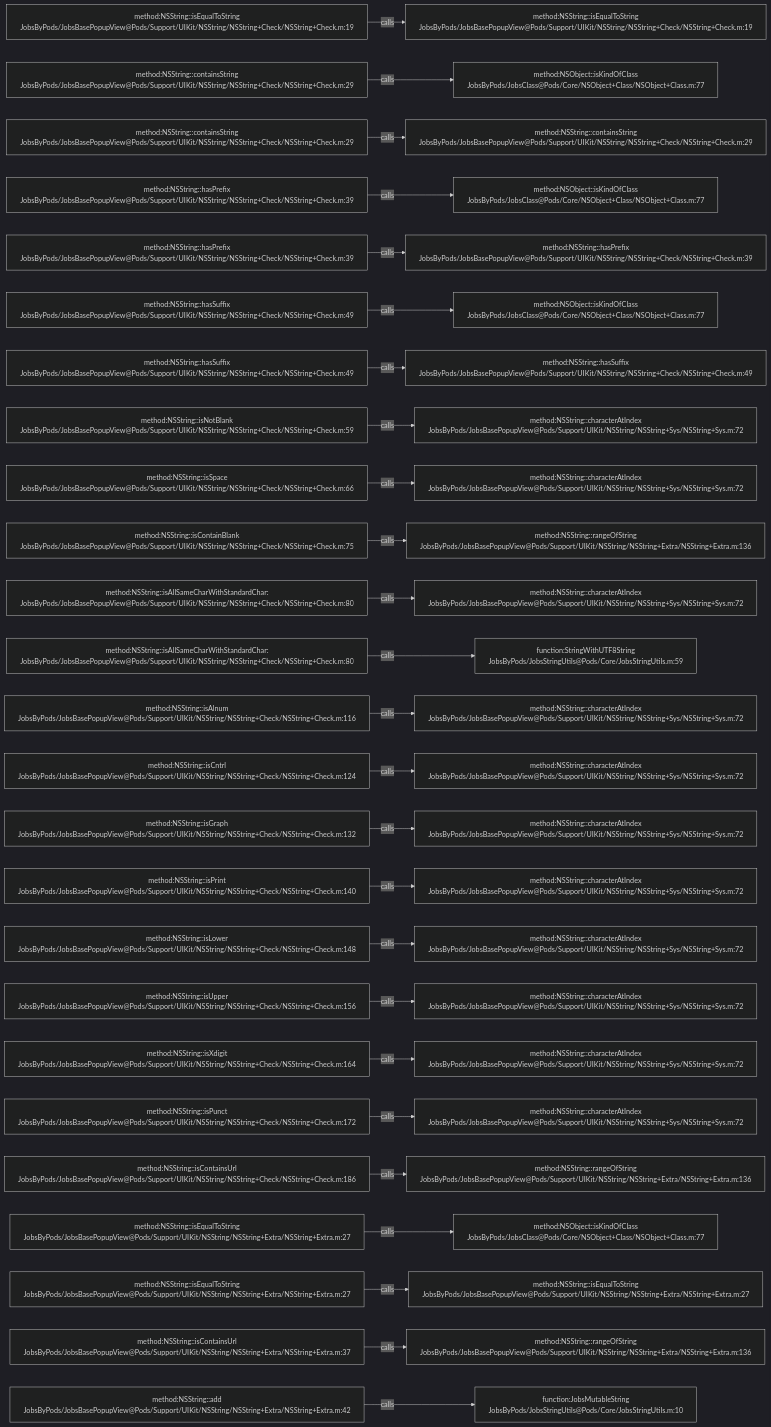
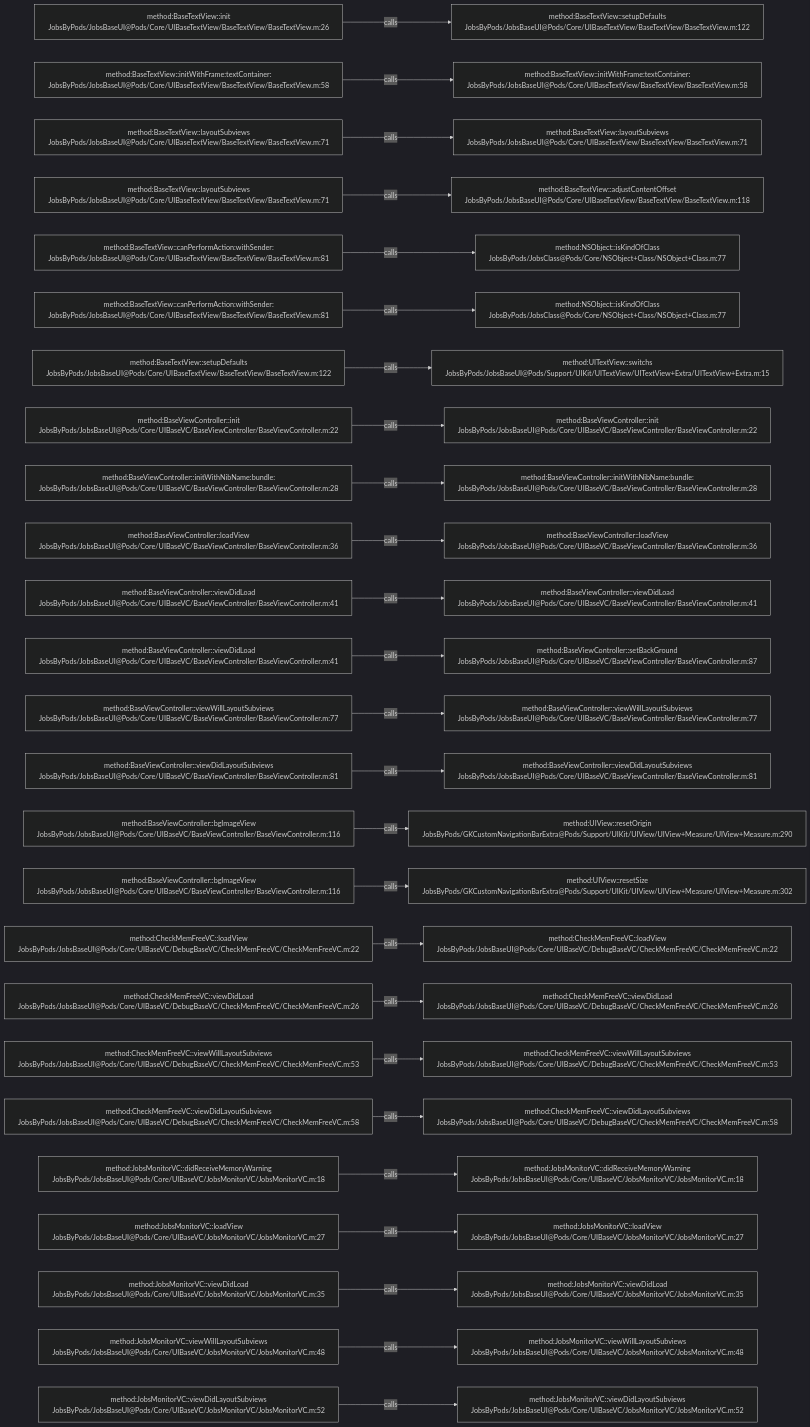
The diagram in .codegraph/codegraph.md/graphs/calls-019.md (JobsKits/JobsOCBaseConfigDemo), drawn with Mermaid (dark theme) before and after one commit. The commit also changed 573 other files, not shown here.

````diff
--- a/.codegraph/codegraph.md/graphs/calls-019.md
+++ b/.codegraph/codegraph.md/graphs/calls-019.md
@@ -13,78 +13,78 @@
 ```mermaid
 flowchart LR
-  S1["method:NSString::isEqualToString<br/>JobsByPods/JobsBasePopupView@Pods/Support/UIKit/NSString/NSString+Check/NSString+Check.m:19"]
-  T1["method:NSString::isEqualToString<br/>JobsByPods/JobsBasePopupView@Pods/Support/UIKit/NSString/NSString+Check/NSString+Check.m:19"]
+  S1["method:BaseTextView::init<br/>JobsByPods/JobsBaseUI@Pods/Core/UIBaseTextView/BaseTextView/BaseTextView.m:26"]
+  T1["method:BaseTextView::setupDefaults<br/>JobsByPods/JobsBaseUI@Pods/Core/UIBaseTextView/BaseTextView/BaseTextView.m:122"]
   S1 -->|calls| T1
-  S2["method:NSString::containsString<br/>JobsByPods/JobsBasePopupView@Pods/Support/UIKit/NSString/NSString+Check/NSString+Check.m:29"]
-  T2["method:NSObject::isKindOfClass<br/>JobsByPods/JobsClass@Pods/Core/NSObject+Class/NSObject+Class.m:77"]
+  S2["method:BaseTextView::initWithFrame:textContainer:<br/>JobsByPods/JobsBaseUI@Pods/Core/UIBaseTextView/BaseTextView/BaseTextView.m:58"]
+  T2["method:BaseTextView::initWithFrame:textContainer:<br/>JobsByPods/JobsBaseUI@Pods/Core/UIBaseTextView/BaseTextView/BaseTextView.m:58"]
   S2 -->|calls| T2
-  S3["method:NSString::containsString<br/>JobsByPods/JobsBasePopupView@Pods/Support/UIKit/NSString/NSString+Check/NSString+Check.m:29"]
-  T3["method:NSString::containsString<br/>JobsByPods/JobsBasePopupView@Pods/Support/UIKit/NSString/NSString+Check/NSString+Check.m:29"]
+  S3["method:BaseTextView::layoutSubviews<br/>JobsByPods/JobsBaseUI@Pods/Core/UIBaseTextView/BaseTextView/BaseTextView.m:71"]
+  T3["method:BaseTextView::layoutSubviews<br/>JobsByPods/JobsBaseUI@Pods/Core/UIBaseTextView/BaseTextView/BaseTextView.m:71"]
   S3 -->|calls| T3
-  S4["method:NSString::hasPrefix<br/>JobsByPods/JobsBasePopupView@Pods/Support/UIKit/NSString/NSString+Check/NSString+Check.m:39"]
-  T4["method:NSObject::isKindOfClass<br/>JobsByPods/JobsClass@Pods/Core/NSObject+Class/NSObject+Class.m:77"]
+  S4["method:BaseTextView::layoutSubviews<br/>JobsByPods/JobsBaseUI@Pods/Core/UIBaseTextView/BaseTextView/BaseTextView.m:71"]
+  T4["method:BaseTextView::adjustContentOffset<br/>JobsByPods/JobsBaseUI@Pods/Core/UIBaseTextView/BaseTextView/BaseTextView.m:118"]
   S4 -->|calls| T4
-  S5["method:NSString::hasPrefix<br/>JobsByPods/JobsBasePopupView@Pods/Support/UIKit/NSString/NSString+Check/NSString+Check.m:39"]
-  T5["method:NSString::hasPrefix<br/>JobsByPods/JobsBasePopupView@Pods/Support/UIKit/NSString/NSString+Check/NSString+Check.m:39"]
+  S5["method:BaseTextView::canPerformAction:withSender:<br/>JobsByPods/JobsBaseUI@Pods/Core/UIBaseTextView/BaseTextView/BaseTextView.m:81"]
+  T5["method:NSObject::isKindOfClass<br/>JobsByPods/JobsClass@Pods/Core/NSObject+Class/NSObject+Class.m:77"]
   S5 -->|calls| T5
-  S6["method:NSString::hasSuffix<br/>JobsByPods/JobsBasePopupView@Pods/Support/UIKit/NSString/NSString+Check/NSString+Check.m:49"]
+  S6["method:BaseTextView::canPerformAction:withSender:<br/>JobsByPods/JobsBaseUI@Pods/Core/UIBaseTextView/BaseTextView/BaseTextView.m:81"]
   T6["method:NSObject::isKindOfClass<br/>JobsByPods/JobsClass@Pods/Core/NSObject+Class/NSObject+Class.m:77"]
   S6 -->|calls| T6
-  S7["method:NSString::hasSuffix<br/>JobsByPods/JobsBasePopupView@Pods/Support/UIKit/NSString/NSString+Check/NSString+Check.m:49"]
-  T7["method:NSString::hasSuffix<br/>JobsByPods/JobsBasePopupView@Pods/Support/UIKit/NSString/NSString+Check/NSString+Check.m:49"]
+  S7["method:BaseTextView::setupDefaults<br/>JobsByPods/JobsBaseUI@Pods/Core/UIBaseTextView/BaseTextView/BaseTextView.m:122"]
+  T7["method:UITextView::switchs<br/>JobsByPods/JobsBaseUI@Pods/Support/UIKit/UITextView/UITextView+Extra/UITextView+Extra.m:15"]
   S7 -->|calls| T7
-  S8["method:NSString::isNotBlank<br/>JobsByPods/JobsBasePopupView@Pods/Support/UIKit/NSString/NSString+Check/NSString+Check.m:59"]
-  T8["method:NSString::characterAtIndex<br/>JobsByPods/JobsBasePopupView@Pods/Support/UIKit/NSString/NSString+Sys/NSString+Sys.m:72"]
+  S8["method:BaseViewController::init<br/>JobsByPods/JobsBaseUI@Pods/Core/UIBaseVC/BaseViewController/BaseViewController.m:22"]
+  T8["method:BaseViewController::init<br/>JobsByPods/JobsBaseUI@Pods/Core/UIBaseVC/BaseViewController/BaseViewController.m:22"]
   S8 -->|calls| T8
-  S9["method:NSString::isSpace<br/>JobsByPods/JobsBasePopupView@Pods/Support/UIKit/NSString/NSString+Check/NSString+Check.m:66"]
-  T9["method:NSString::characterAtIndex<br/>JobsByPods/JobsBasePopupView@Pods/Support/UIKit/NSString/NSString+Sys/NSString+Sys.m:72"]
+  S9["method:BaseViewController::initWithNibName:bundle:<br/>JobsByPods/JobsBaseUI@Pods/Core/UIBaseVC/BaseViewController/BaseViewController.m:28"]
+  T9["method:BaseViewController::initWithNibName:bundle:<br/>JobsByPods/JobsBaseUI@Pods/Core/UIBaseVC/BaseViewController/BaseViewController.m:28"]
   S9 -->|calls| T9
-  S10["method:NSString::isContainBlank<br/>JobsByPods/JobsBasePopupView@Pods/Support/UIKit/NSString/NSString+Check/NSString+Check.m:75"]
-  T10["method:NSString::rangeOfString<br/>JobsByPods/JobsBasePopupView@Pods/Support/UIKit/NSString/NSString+Extra/NSString+Extra.m:136"]
+  S10["method:BaseViewController::loadView<br/>JobsByPods/JobsBaseUI@Pods/Core/UIBaseVC/BaseViewController/BaseViewController.m:36"]
+  T10["method:BaseViewController::loadView<br/>JobsByPods/JobsBaseUI@Pods/Core/UIBaseVC/BaseViewController/BaseViewController.m:36"]
   S10 -->|calls| T10
-  S11["method:NSString::isAllSameCharWithStandardChar:<br/>JobsByPods/JobsBasePopupView@Pods/Support/UIKit/NSString/NSString+Check/NSString+Check.m:80"]
-  T11["method:NSString::characterAtIndex<br/>JobsByPods/JobsBasePopupView@Pods/Support/UIKit/NSString/NSString+Sys/NSString+Sys.m:72"]
+  S11["method:BaseViewController::viewDidLoad<br/>JobsByPods/JobsBaseUI@Pods/Core/UIBaseVC/BaseViewController/BaseViewController.m:41"]
+  T11["method:BaseViewController::viewDidLoad<br/>JobsByPods/JobsBaseUI@Pods/Core/UIBaseVC/BaseViewController/BaseViewController.m:41"]
   S11 -->|calls| T11
-  S12["method:NSString::isAllSameCharWithStandardChar:<br/>JobsByPods/JobsBasePopupView@Pods/Support/UIKit/NSString/NSString+Check/NSString+Check.m:80"]
-  T12["function:StringWithUTF8String<br/>JobsByPods/JobsStringUtils@Pods/Core/JobsStringUtils.m:59"]
+  S12["method:BaseViewController::viewDidLoad<br/>JobsByPods/JobsBaseUI@Pods/Core/UIBaseVC/BaseViewController/BaseViewController.m:41"]
+  T12["method:BaseViewController::setBackGround<br/>JobsByPods/JobsBaseUI@Pods/Core/UIBaseVC/BaseViewController/BaseViewController.m:87"]
   S12 -->|calls| T12
-  S13["method:NSString::isAlnum<br/>JobsByPods/JobsBasePopupView@Pods/Support/UIKit/NSString/NSString+Check/NSString+Check.m:116"]
-  T13["method:NSString::characterAtIndex<br/>JobsByPods/JobsBasePopupView@Pods/Support/UIKit/NSString/NSString+Sys/NSString+Sys.m:72"]
+  S13["method:BaseViewController::viewWillLayoutSubviews<br/>JobsByPods/JobsBaseUI@Pods/Core/UIBaseVC/BaseViewController/BaseViewController.m:77"]
+  T13["method:BaseViewController::viewWillLayoutSubviews<br/>JobsByPods/JobsBaseUI@Pods/Core/UIBaseVC/BaseViewController/BaseViewController.m:77"]
   S13 -->|calls| T13
-  S14["method:NSString::isCntrl<br/>JobsByPods/JobsBasePopupView@Pods/Support/UIKit/NSString/NSString+Check/NSString+Check.m:124"]
-  T14["method:NSString::characterAtIndex<br/>JobsByPods/JobsBasePopupView@Pods/Support/UIKit/NSString/NSString+Sys/NSString+Sys.m:72"]
+  S14["method:BaseViewController::viewDidLayoutSubviews<br/>JobsByPods/JobsBaseUI@Pods/Core/UIBaseVC/BaseViewController/BaseViewController.m:81"]
+  T14["method:BaseViewController::viewDidLayoutSubviews<br/>JobsByPods/JobsBaseUI@Pods/Core/UIBaseVC/BaseViewController/BaseViewController.m:81"]
   S14 -->|calls| T14
-  S15["method:NSString::isGraph<br/>JobsByPods/JobsBasePopupView@Pods/Support/UIKit/NSString/NSString+Check/NSString+Check.m:132"]
-  T15["method:NSString::characterAtIndex<br/>JobsByPods/JobsBasePopupView@Pods/Support/UIKit/NSString/NSString+Sys/NSString+Sys.m:72"]
+  S15["method:BaseViewController::bgImageView<br/>JobsByPods/JobsBaseUI@Pods/Core/UIBaseVC/BaseViewController/BaseViewController.m:116"]
+  T15["method:UIView::resetOrigin<br/>JobsByPods/GKCustomNavigationBarExtra@Pods/Support/UIKit/UIView/UIView+Measure/UIView+Measure.m:290"]
   S15 -->|calls| T15
-  S16["method:NSString::isPrint<br/>JobsByPods/JobsBasePopupView@Pods/Support/UIKit/NSString/NSString+Check/NSString+Check.m:140"]
-  T16["method:NSString::characterAtIndex<br/>JobsByPods/JobsBasePopupView@Pods/Support/UIKit/NSString/NSString+Sys/NSString+Sys.m:72"]
+  S16["method:BaseViewController::bgImageView<br/>JobsByPods/JobsBaseUI@Pods/Core/UIBaseVC/BaseViewController/BaseViewController.m:116"]
+  T16["method:UIView::resetSize<br/>JobsByPods/GKCustomNavigationBarExtra@Pods/Support/UIKit/UIView/UIView+Measure/UIView+Measure.m:302"]
   S16 -->|calls| T16
-  S17["method:NSString::isLower<br/>JobsByPods/JobsBasePopupView@Pods/Support/UIKit/NSString/NSString+Check/NSString+Check.m:148"]
-  T17["method:NSString::characterAtIndex<br/>JobsByPods/JobsBasePopupView@Pods/Support/UIKit/NSString/NSString+Sys/NSString+Sys.m:72"]
+  S17["method:CheckMemFreeVC::loadView<br/>JobsByPods/JobsBaseUI@Pods/Core/UIBaseVC/DebugBaseVC/CheckMemFreeVC/CheckMemFreeVC.m:22"]
+  T17["method:CheckMemFreeVC::loadView<br/>JobsByPods/JobsBaseUI@Pods/Core/UIBaseVC/DebugBaseVC/CheckMemFreeVC/CheckMemFreeVC.m:22"]
   S17 -->|calls| T17
-  S18["method:NSString::isUpper<br/>JobsByPods/JobsBasePopupView@Pods/Support/UIKit/NSString/NSString+Check/NSString+Check.m:156"]
-  T18["method:NSString::characterAtIndex<br/>JobsByPods/JobsBasePopupView@Pods/Support/UIKit/NSString/NSString+Sys/NSString+Sys.m:72"]
+  S18["method:CheckMemFreeVC::viewDidLoad<br/>JobsByPods/JobsBaseUI@Pods/Core/UIBaseVC/DebugBaseVC/CheckMemFreeVC/CheckMemFreeVC.m:26"]
+  T18["method:CheckMemFreeVC::viewDidLoad<br/>JobsByPods/JobsBaseUI@Pods/Core/UIBaseVC/DebugBaseVC/CheckMemFreeVC/CheckMemFreeVC.m:26"]
   S18 -->|calls| T18
-  S19["method:NSString::isXdigit<br/>JobsByPods/JobsBasePopupView@Pods/Support/UIKit/NSString/NSString+Check/NSString+Check.m:164"]
-  T19["method:NSString::characterAtIndex<br/>JobsByPods/JobsBasePopupView@Pods/Support/UIKit/NSString/NSString+Sys/NSString+Sys.m:72"]
+  S19["method:CheckMemFreeVC::viewWillLayoutSubviews<br/>JobsByPods/JobsBaseUI@Pods/Core/UIBaseVC/DebugBaseVC/CheckMemFreeVC/CheckMemFreeVC.m:53"]
+  T19["method:CheckMemFreeVC::viewWillLayoutSubviews<br/>JobsByPods/JobsBaseUI@Pods/Core/UIBaseVC/DebugBaseVC/CheckMemFreeVC/CheckMemFreeVC.m:53"]
   S19 -->|calls| T19
-  S20["method:NSString::isPunct<br/>JobsByPods/JobsBasePopupView@Pods/Support/UIKit/NSString/NSString+Check/NSString+Check.m:172"]
-  T20["method:NSString::characterAtIndex<br/>JobsByPods/JobsBasePopupView@Pods/Support/UIKit/NSString/NSString+Sys/NSString+Sys.m:72"]
+  S20["method:CheckMemFreeVC::viewDidLayoutSubviews<br/>JobsByPods/JobsBaseUI@Pods/Core/UIBaseVC/DebugBaseVC/CheckMemFreeVC/CheckMemFreeVC.m:58"]
+  T20["method:CheckMemFreeVC::viewDidLayoutSubviews<br/>JobsByPods/JobsBaseUI@Pods/Core/UIBaseVC/DebugBaseVC/CheckMemFreeVC/CheckMemFreeVC.m:58"]
   S20 -->|calls| T20
-  S21["method:NSString::isContainsUrl<br/>JobsByPods/JobsBasePopupView@Pods/Support/UIKit/NSString/NSString+Check/NSString+Check.m:186"]
-  T21["method:NSString::rangeOfString<br/>JobsByPods/JobsBasePopupView@Pods/Support/UIKit/NSString/NSString+Extra/NSString+Extra.m:136"]
+  S21["method:JobsMonitorVC::didReceiveMemoryWarning<br/>JobsByPods/JobsBaseUI@Pods/Core/UIBaseVC/JobsMonitorVC/JobsMonitorVC.m:18"]
+  T21["method:JobsMonitorVC::didReceiveMemoryWarning<br/>JobsByPods/JobsBaseUI@Pods/Core/UIBaseVC/JobsMonitorVC/JobsMonitorVC.m:18"]
   S21 -->|calls| T21
-  S22["method:NSString::isEqualToString<br/>JobsByPods/JobsBasePopupView@Pods/Support/UIKit/NSString/NSString+Extra/NSString+Extra.m:27"]
-  T22["method:NSObject::isKindOfClass<br/>JobsByPods/JobsClass@Pods/Core/NSObject+Class/NSObject+Class.m:77"]
+  S22["method:JobsMonitorVC::loadView<br/>JobsByPods/JobsBaseUI@Pods/Core/UIBaseVC/JobsMonitorVC/JobsMonitorVC.m:27"]
+  T22["method:JobsMonitorVC::loadView<br/>JobsByPods/JobsBaseUI@Pods/Core/UIBaseVC/JobsMonitorVC/JobsMonitorVC.m:27"]
   S22 -->|calls| T22
-  S23["method:NSString::isEqualToString<br/>JobsByPods/JobsBasePopupView@Pods/Support/UIKit/NSString/NSString+Extra/NSString+Extra.m:27"]
-  T23["method:NSString::isEqualToString<br/>JobsByPods/JobsBasePopupView@Pods/Support/UIKit/NSString/NSString+Extra/NSString+Extra.m:27"]
+  S23["method:JobsMonitorVC::viewDidLoad<br/>JobsByPods/JobsBaseUI@Pods/Core/UIBaseVC/JobsMonitorVC/JobsMonitorVC.m:35"]
+  T23["method:JobsMonitorVC::viewDidLoad<br/>JobsByPods/JobsBaseUI@Pods/Core/UIBaseVC/JobsMonitorVC/JobsMonitorVC.m:35"]
   S23 -->|calls| T23
-  S24["method:NSString::isContainsUrl<br/>JobsByPods/JobsBasePopupView@Pods/Support/UIKit/NSString/NSString+Extra/NSString+Extra.m:37"]
-  T24["method:NSString::rangeOfString<br/>JobsByPods/JobsBasePopupView@Pods/Support/UIKit/NSString/NSString+Extra/NSString+Extra.m:136"]
+  S24["method:JobsMonitorVC::viewWillLayoutSubviews<br/>JobsByPods/JobsBaseUI@Pods/Core/UIBaseVC/JobsMonitorVC/JobsMonitorVC.m:48"]
+  T24["method:JobsMonitorVC::viewWillLayoutSubviews<br/>JobsByPods/JobsBaseUI@Pods/Core/UIBaseVC/JobsMonitorVC/JobsMonitorVC.m:48"]
   S24 -->|calls| T24
-  S25["method:NSString::add<br/>JobsByPods/JobsBasePopupView@Pods/Support/UIKit/NSString/NSString+Extra/NSString+Extra.m:42"]
-  T25["function:JobsMutableString<br/>JobsByPods/JobsStringUtils@Pods/Core/JobsStringUtils.m:10"]
+  S25["method:JobsMonitorVC::viewDidLayoutSubviews<br/>JobsByPods/JobsBaseUI@Pods/Core/UIBaseVC/JobsMonitorVC/JobsMonitorVC.m:52"]
+  T25["method:JobsMonitorVC::viewDidLayoutSubviews<br/>JobsByPods/JobsBaseUI@Pods/Core/UIBaseVC/JobsMonitorVC/JobsMonitorVC.m:52"]
   S25 -->|calls| T25
 ```
````
